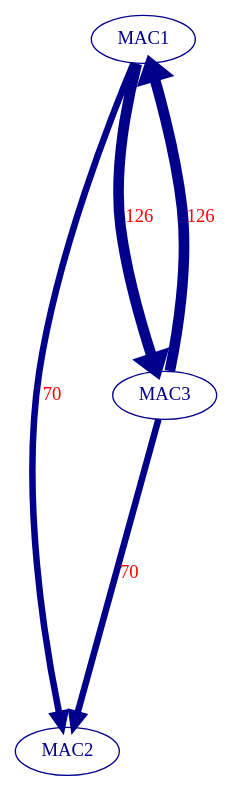
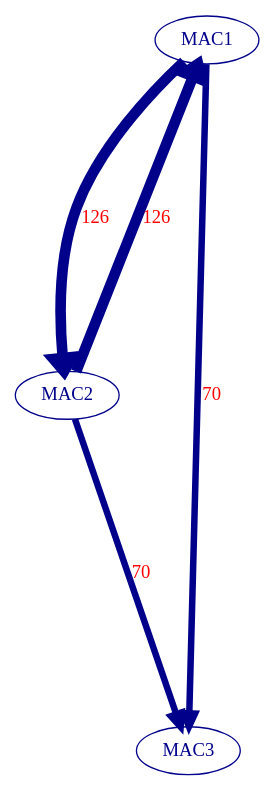
Before and after one commit to Alfredo-Vargas/nap: the diagram in conversations/ethernet_conversation_circo.gv, drawn with Graphviz. The commit also changed 18 other files, not shown here.

```diff
--- a/conversations/ethernet_conversation_circo.gv
+++ b/conversations/ethernet_conversation_circo.gv
@@ -1,11 +1,11 @@
 // Ethernet Conversations circo engine
 digraph {
-	graph [nodesep=1 ranksep=3]
-	"00.16.3e.5e.6c.00" [label=MAC1 color=darkblue fontcolor=darkblue]
-	"33.33.00.00.00.02" [label=MAC2 color=darkblue fontcolor=darkblue]
-	"fe.ff.ff.ff.ff.ff" [label=MAC3 color=darkblue fontcolor=darkblue]
+	graph [nodesep=1 ranksep=3 size="8!"]
+	"fe.ff.ff.ff.ff.ff" [label=MAC1 color=darkblue fontcolor=darkblue]
+	"00.16.3e.5e.6c.00" [label=MAC2 color=darkblue fontcolor=darkblue]
+	"33.33.00.00.00.02" [label=MAC3 color=darkblue fontcolor=darkblue]
+	"00.16.3e.5e.6c.00" -> "fe.ff.ff.ff.ff.ff" [label=126 color=darkblue fontcolor=red labeldistance=0 penwidth=8.0]
 	"fe.ff.ff.ff.ff.ff" -> "00.16.3e.5e.6c.00" [label=126 color=darkblue fontcolor=red labeldistance=0 penwidth=8.0]
-	"00.16.3e.5e.6c.00" -> "fe.ff.ff.ff.ff.ff" [label=126 color=darkblue fontcolor=red labeldistance=0 penwidth=8.0]
+	"00.16.3e.5e.6c.00" -> "33.33.00.00.00.02" [label=70 color=darkblue fontcolor=red labeldistance=0 penwidth=4.888888888888889]
 	"fe.ff.ff.ff.ff.ff" -> "33.33.00.00.00.02" [label=70 color=darkblue fontcolor=red labeldistance=0 penwidth=4.888888888888889]
-	"00.16.3e.5e.6c.00" -> "33.33.00.00.00.02" [label=70 color=darkblue fontcolor=red labeldistance=0 penwidth=4.888888888888889]
 }
```
